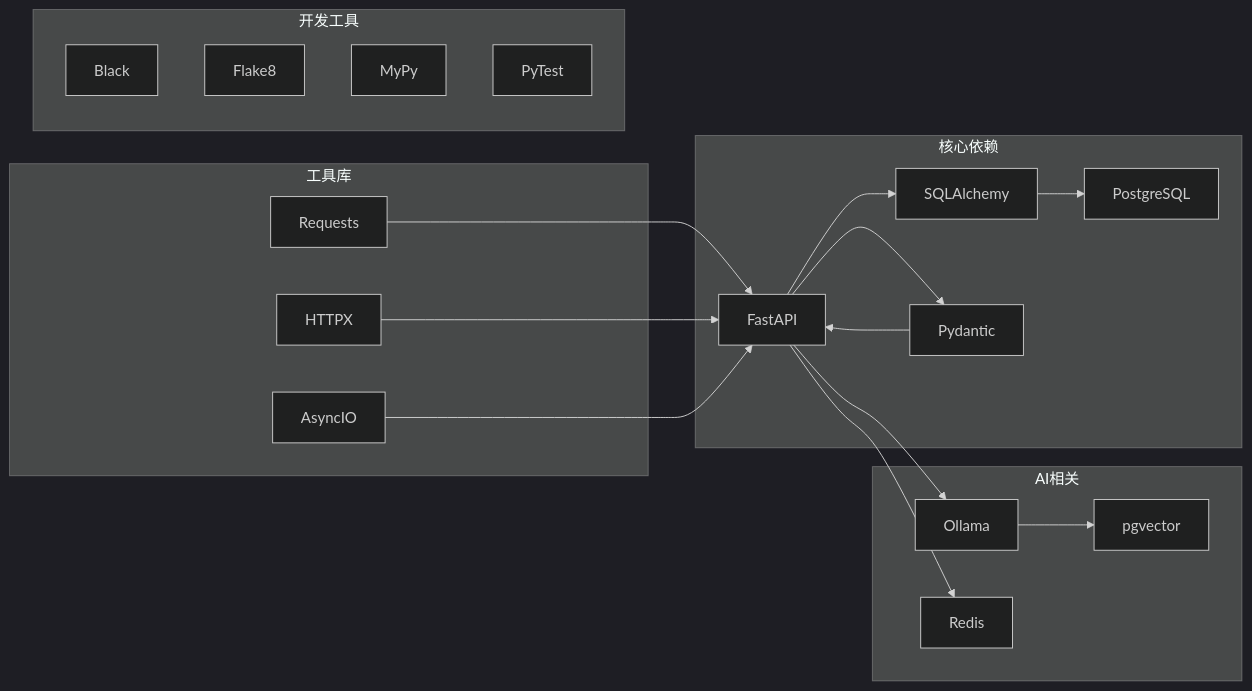
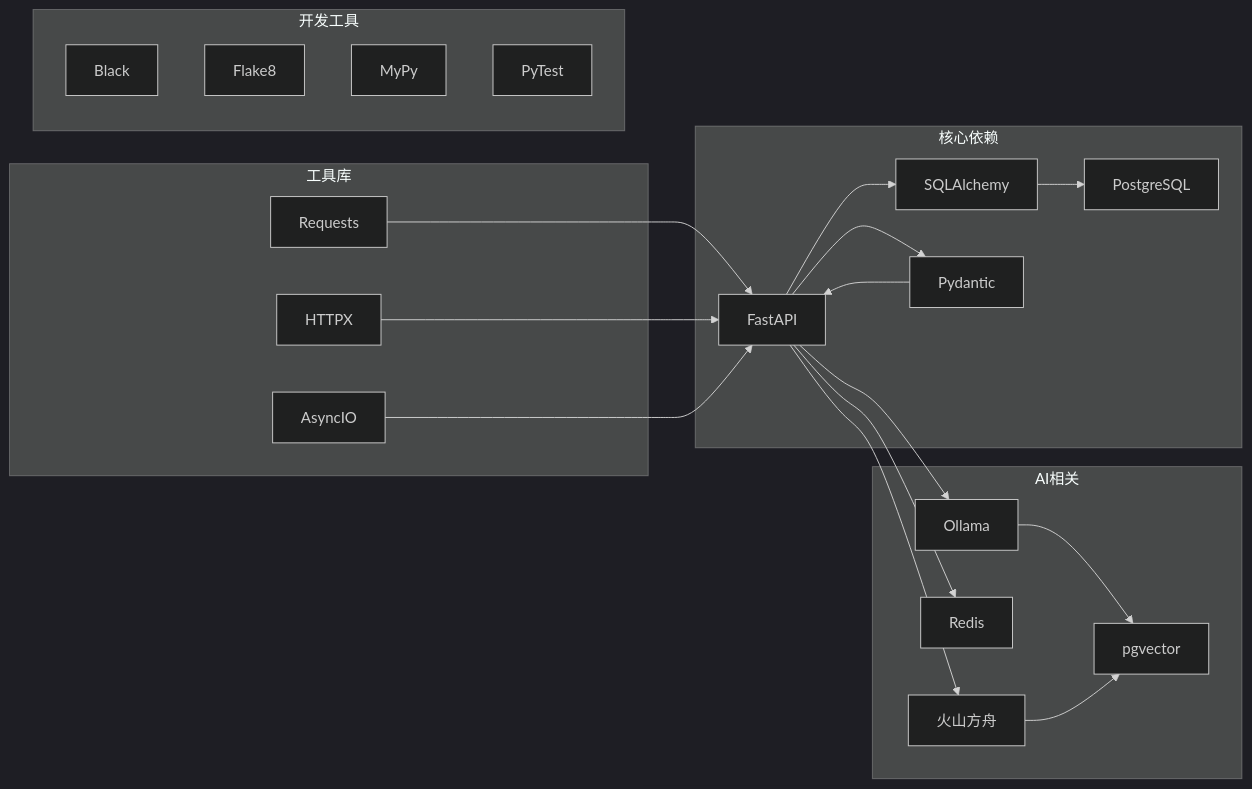
Diagram 14 of 14 in .qoder/repowiki/zh/content/AI内容处理系统/MVP AI内容生成系统.md (dream-ze/AI_huoke-), drawn with Mermaid (dark theme) before and after one commit. The commit also changed other lines of this file and 220 other files, not shown here.

````diff
--- a/.qoder/repowiki/zh/content/AI内容处理系统/MVP AI内容生成系统.md
+++ b/.qoder/repowiki/zh/content/AI内容处理系统/MVP AI内容生成系统.md
@@ -341,35 +659,38 @@
 ```mermaid
 graph LR
 subgraph "核心依赖"
 FastAPI[FastAPI]
 SQLAlchemy[SQLAlchemy]
 Pydantic[Pydantic]
 Postgres[PostgreSQL]
 end
 subgraph "AI相关"
 Ollama[Ollama]
 Redis[Redis]
 Vector[pgvector]
+Ark[火山方舟]
 end
 subgraph "工具库"
 Requests[Requests]
 HTTPX[HTTPX]
 AsyncIO[AsyncIO]
 end
 subgraph "开发工具"
 Black[Black]
 Flake8[Flake8]
 MyPy[MyPy]
 PyTest[PyTest]
 end
 FastAPI --> SQLAlchemy
 FastAPI --> Pydantic
 SQLAlchemy --> Postgres
 FastAPI --> Ollama
 FastAPI --> Redis
+FastAPI --> Ark
 Ollama --> Vector
+Ark --> Vector
 Pydantic --> FastAPI
 Requests --> FastAPI
 HTTPX --> FastAPI
 AsyncIO --> FastAPI
 ```
````
